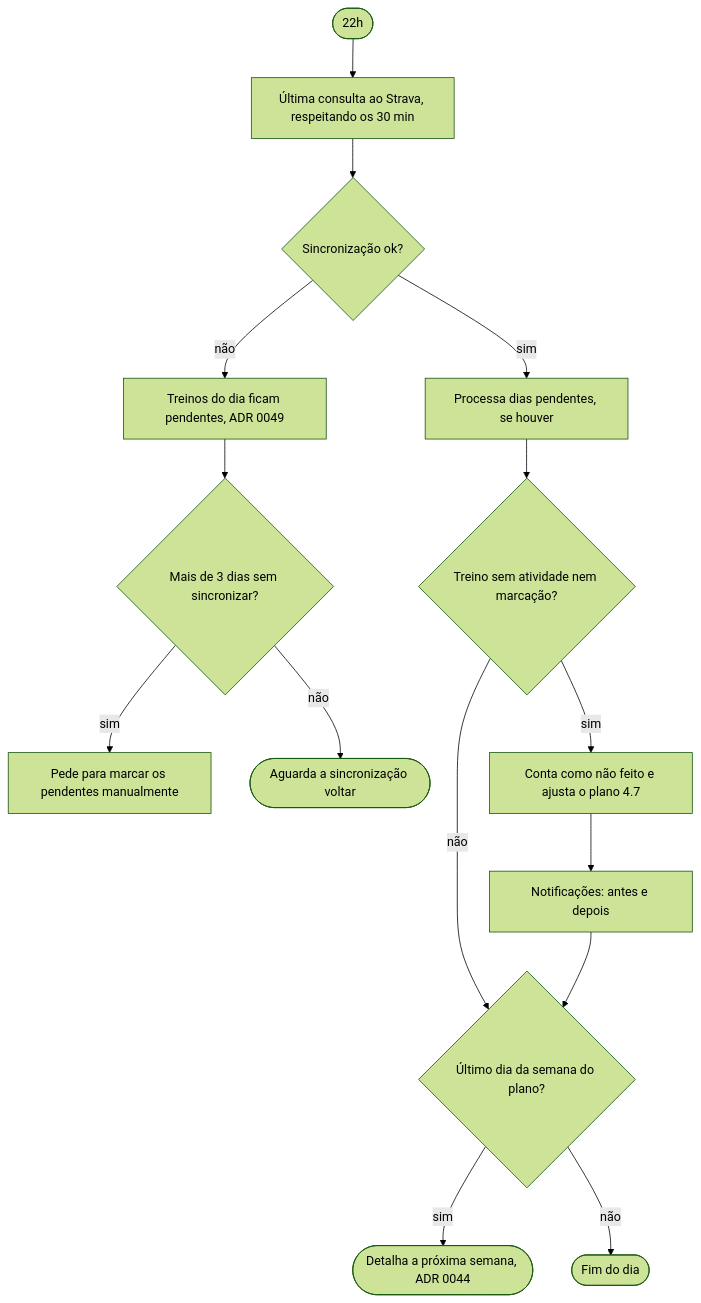
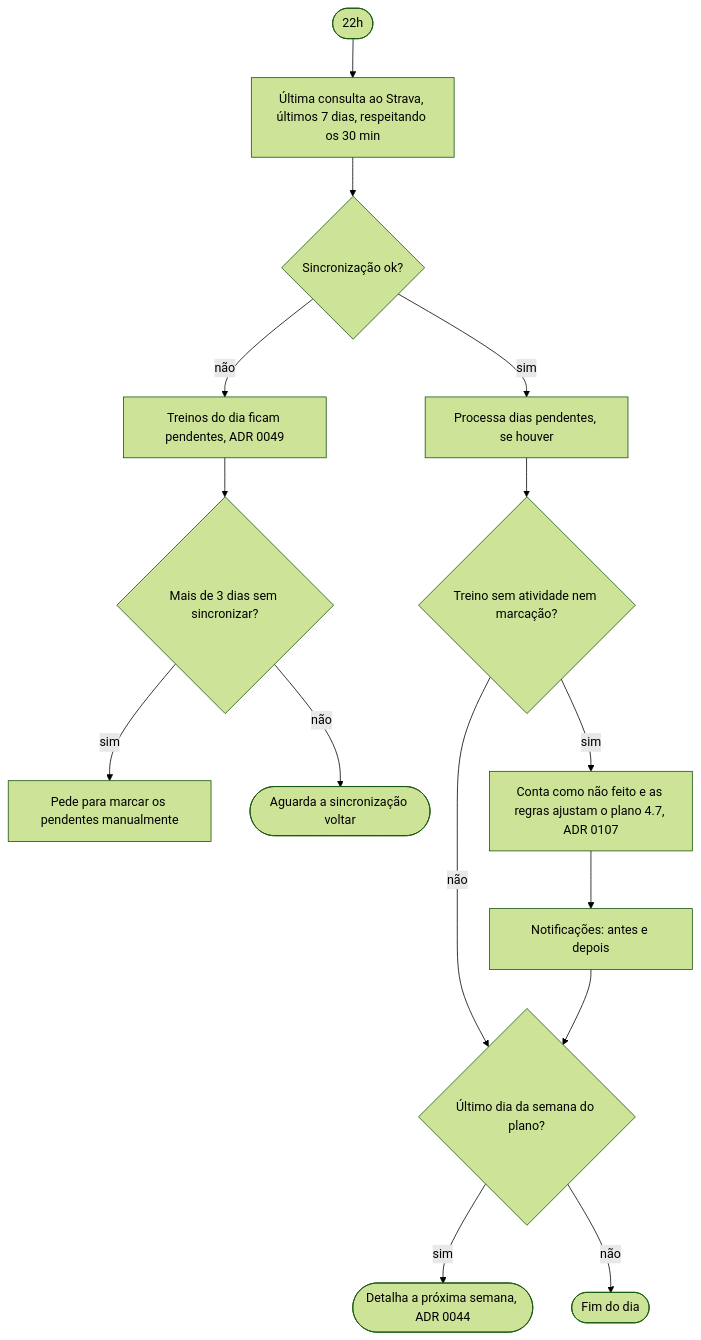
Before and after one commit to cruzvini/app-corrida: the sixth of 11 diagrams in docs/fluxos.md, drawn with Mermaid (forest theme). The commit also changed other lines of this file and 12 other files, not shown here.

First line of the commit message:
docs: aplica a fronteira da IA e as regras do Strava aos ADRs, critérios e fluxos desta sessão

````diff
--- a/docs/fluxos.md
+++ b/docs/fluxos.md
@@ -154,17 +159,17 @@
 ```mermaid
 flowchart TD
-  A([22h]) --> B[Última consulta ao Strava, respeitando os 30 min]
+  A([22h]) --> B[Última consulta ao Strava, últimos 7 dias, respeitando os 30 min]
   B --> C{Sincronização ok?}
   C -- não --> P[Treinos do dia ficam pendentes, ADR 0049]
   P --> P1{Mais de 3 dias sem sincronizar?}
   P1 -- sim --> P2[Pede para marcar os pendentes manualmente]
   P1 -- não --> FIM([Aguarda a sincronização voltar])
   C -- sim --> D[Processa dias pendentes, se houver]
   D --> E{Treino sem atividade nem marcação?}
-  E -- sim --> F[Conta como não feito e ajusta o plano 4.7]
+  E -- sim --> F[Conta como não feito e as regras ajustam o plano 4.7, ADR 0107]
   F --> N[Notificações: antes e depois]
   E -- não --> G
   N --> G{Último dia da semana do plano?}
   G -- sim --> H([Detalha a próxima semana, ADR 0044])
   G -- não --> FIM2([Fim do dia])
 ```
````
